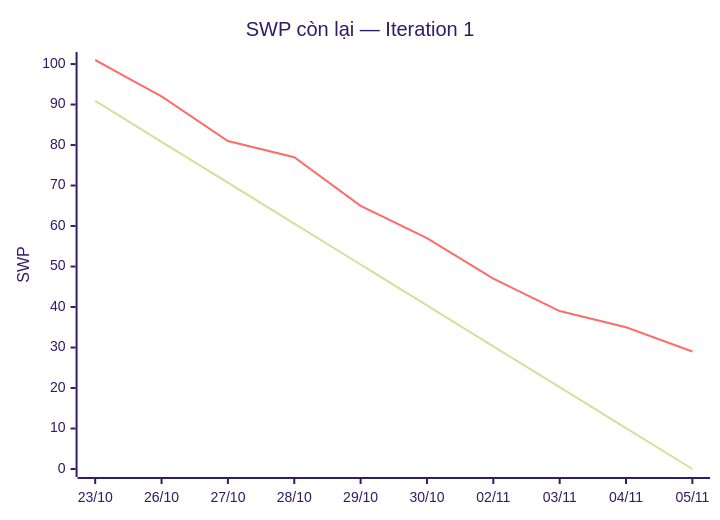
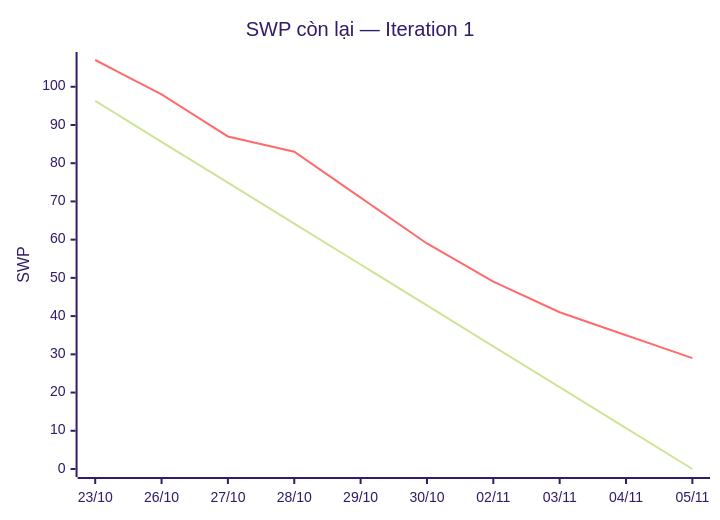
Before and after one commit to mytcn-1511/product-a-lab5-backlog: the diagram in progress-report.md, drawn with Mermaid (forest theme). The commit also changed other lines of this file and 5 other files, not shown here.

````diff
--- a/progress-report.md
+++ b/progress-report.md
@@ -42,8 +42,8 @@
 ```mermaid
 xychart-beta
     title "SWP còn lại — Iteration 1"
     x-axis ["23/10", "26/10", "27/10", "28/10", "29/10", "30/10", "02/11", "03/11", "04/11", "05/11"]
-    y-axis "SWP" 0 --> 101
-    line [90.9, 80.8, 70.7, 60.6, 50.5, 40.4, 30.3, 20.2, 10.1, 0.0]
-    line [101, 92, 81, 77, 65, 57, 47, 39, 35, 29]
+    y-axis "SWP" 0 --> 107
+    line [96.3, 85.6, 74.9, 64.2, 53.5, 42.8, 32.1, 21.4, 10.7, 0.0]
+    line [107, 98, 87, 83, 71, 59, 49, 41, 35, 29]
 ```
````
